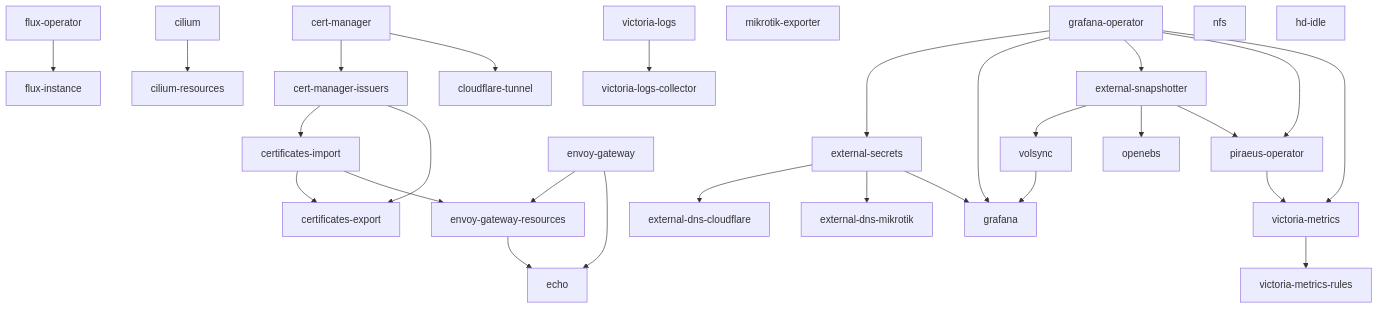
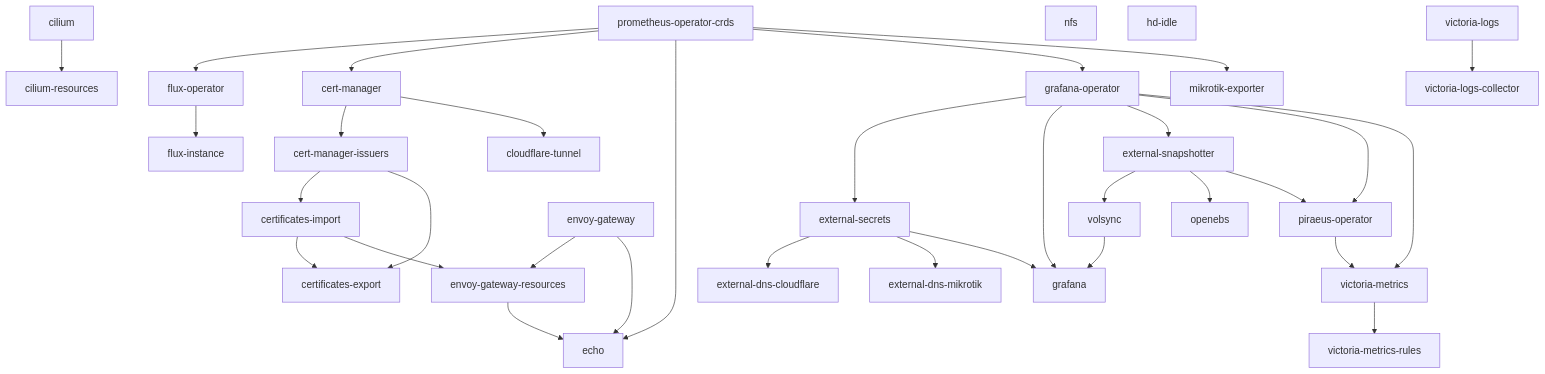
The diagram in docs/app-dependencies.md (kid/home-ops), drawn with Mermaid before and after one commit. The commit also changed 5 other files, not shown here.

````diff
--- a/docs/app-dependencies.md
+++ b/docs/app-dependencies.md
@@ -5,59 +5,65 @@
 ```mermaid
 graph TD
 
   flux_operator["flux-operator"]
   flux_instance["flux-instance"]
   cilium["cilium"]
   cilium_resources["cilium-resources"]
   external_secrets["external-secrets"]
   cert_manager["cert-manager"]
   cert_manager_issuers["cert-manager-issuers"]
   certificates_import["certificates-import"]
   certificates_export["certificates-export"]
   envoy_gateway["envoy-gateway"]
   envoy_gateway_resources["envoy-gateway-resources"]
   cloudflare_tunnel["cloudflare-tunnel"]
   external_dns_cf["external-dns-cloudflare"]
   external_dns_mikrotik["external-dns-mikrotik"]
   echo["echo"]
   grafana_operator["grafana-operator"]
   grafana["grafana"]
   mikrotik_exporter["mikrotik-exporter"]
   victoria_metrics["victoria-metrics"]
   victoria_metrics_rules["victoria-metrics-rules"]
   victoria_logs["victoria-logs"]
   victoria_logs_collector["victoria-logs-collector"]
   nfs["nfs"]
   hd_idle["hd-idle"]
   openebs["openebs"]
   external_snapshotter["external-snapshotter"]
   volsync["volsync"]
   piraeus_operator["piraeus-operator"]
+  prometheus_operator_crds["prometheus-operator-crds"]
 
   flux_operator --> flux_instance
   cilium --> cilium_resources
+  prometheus_operator_crds --> flux_operator
+  prometheus_operator_crds --> cert_manager
+  prometheus_operator_crds --> echo
+  prometheus_operator_crds --> grafana_operator
+  prometheus_operator_crds --> mikrotik_exporter
   cert_manager --> cert_manager_issuers
   cert_manager --> cloudflare_tunnel
   cert_manager_issuers --> certificates_import
   cert_manager_issuers --> certificates_export
   certificates_import --> certificates_export
   envoy_gateway --> envoy_gateway_resources
   certificates_import --> envoy_gateway_resources
   envoy_gateway --> echo
   envoy_gateway_resources --> echo
   grafana_operator --> external_secrets
   grafana_operator --> grafana
   grafana_operator --> external_snapshotter
   grafana_operator --> piraeus_operator
   grafana_operator --> victoria_metrics
   external_secrets --> external_dns_cf
   external_secrets --> external_dns_mikrotik
   external_secrets --> grafana
   external_snapshotter --> volsync
   external_snapshotter --> openebs
   external_snapshotter --> piraeus_operator
   volsync --> grafana
   piraeus_operator --> victoria_metrics
   victoria_metrics --> victoria_metrics_rules
   victoria_logs --> victoria_logs_collector
 ```
````
